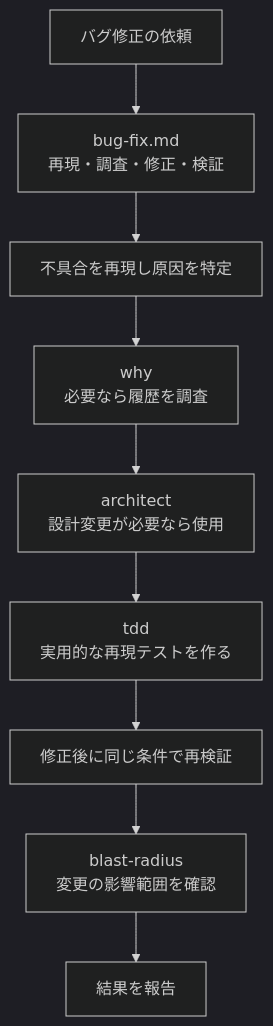
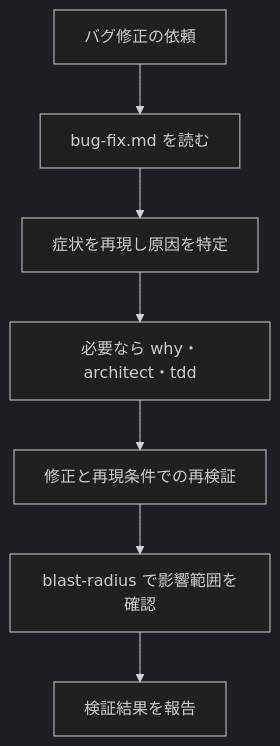
Before and after one commit to 96yukiv2/environment: the second of 2 diagrams in 30-ai/docs/workflow.md, drawn with Mermaid (dark theme). The commit also changed other lines of this file and 6 other files, not shown here.

````diff
--- a/30-ai/docs/workflow.md
+++ b/30-ai/docs/workflow.md
@@ -22,11 +26,9 @@
 ```mermaid
 flowchart TD
-    A["バグ修正の依頼"] --> B["bug-fix.md<br/>再現・調査・修正・検証"]
-    B --> C["不具合を再現し原因を特定"]
-    C --> D["why<br/>必要なら履歴を調査"]
-    D --> E["architect<br/>設計変更が必要なら使用"]
-    E --> F["tdd<br/>実用的な再現テストを作る"]
-    F --> G["修正後に同じ条件で再検証"]
-    G --> H["blast-radius<br/>変更の影響範囲を確認"]
-    H --> I["結果を報告"]
+    A["バグ修正の依頼"] --> B["bug-fix.md を読む"]
+    B --> C["症状を再現し原因を特定"]
+    C --> D["必要なら why・architect・tdd"]
+    D --> E["修正と再現条件での再検証"]
+    E --> F["blast-radius で影響範囲を確認"]
+    F --> G["検証結果を報告"]
 ```
````
